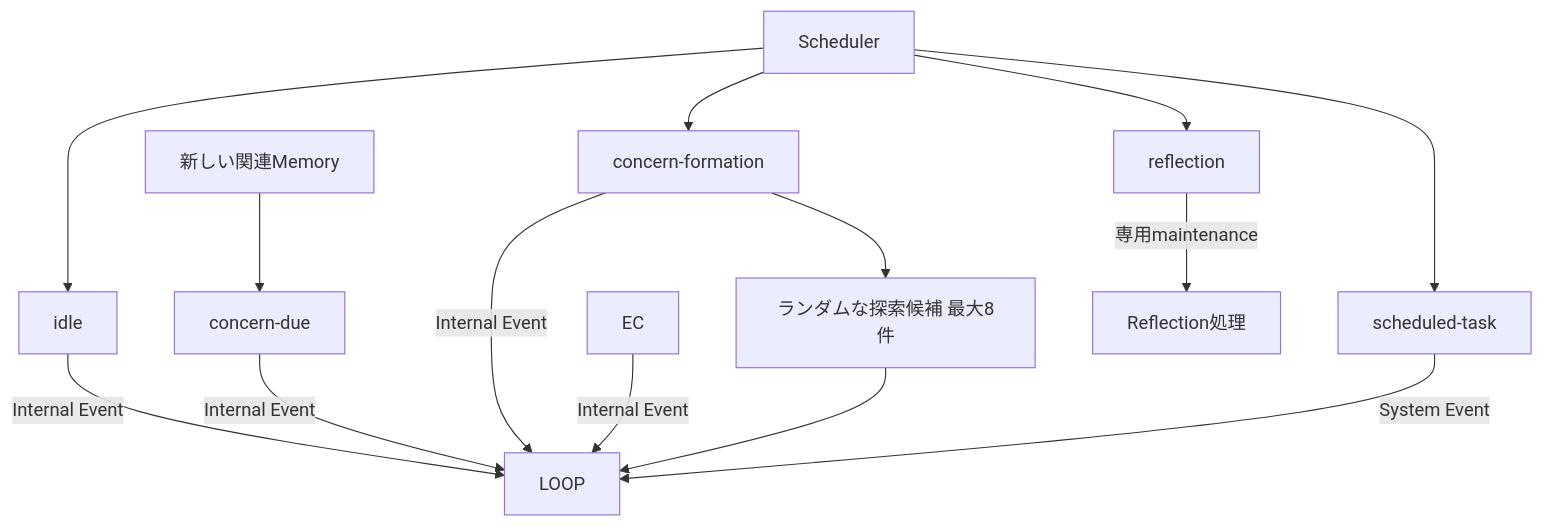
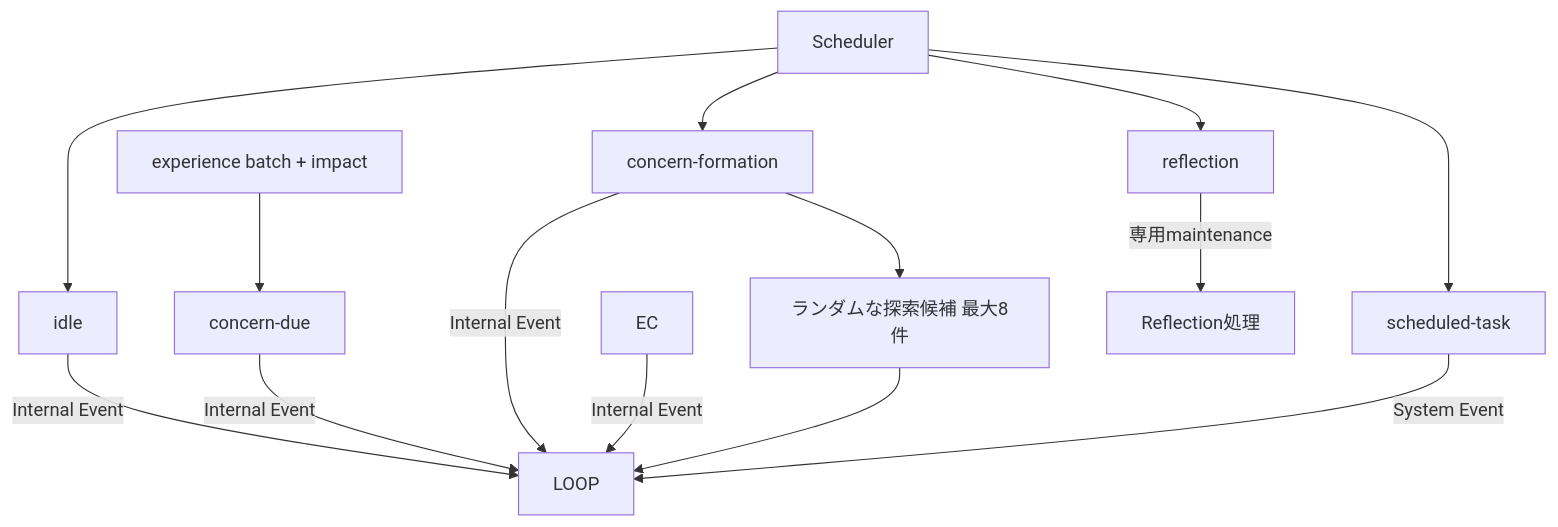
Before and after one commit to if001/social_agent: the fifth of 8 diagrams in docs/AGENT_MOTIVATION_MODEL.md, drawn with Mermaid. The commit also changed other lines of this file and 40 other files, not shown here.

Commit message:
feat: batch experience-driven concern reevaluation (#094)

````diff
--- a/docs/AGENT_MOTIVATION_MODEL.md
+++ b/docs/AGENT_MOTIVATION_MODEL.md
@@ -285,18 +285,18 @@
 ```mermaid
 flowchart TD
     SCH[Scheduler] --> I[idle]
     SCH --> CF[concern-formation]
-    MEM[新しい関連Memory] --> CD[concern-due]
+    MEM[experience batch + impact] --> CD[concern-due]
     SCH --> RF[reflection]
     SCH --> TASK[scheduled-task]
 
     I -->|Internal Event| LOOP
     CF -->|Internal Event| LOOP
     CD -->|Internal Event| LOOP
     EC -->|Internal Event| LOOP
     TASK -->|System Event| LOOP
     RF -->|専用maintenance| REFLECTION[Reflection処理]
 
     CF --> CAND[ランダムな探索候補 最大8件]
     CAND --> LOOP
 ```
````
